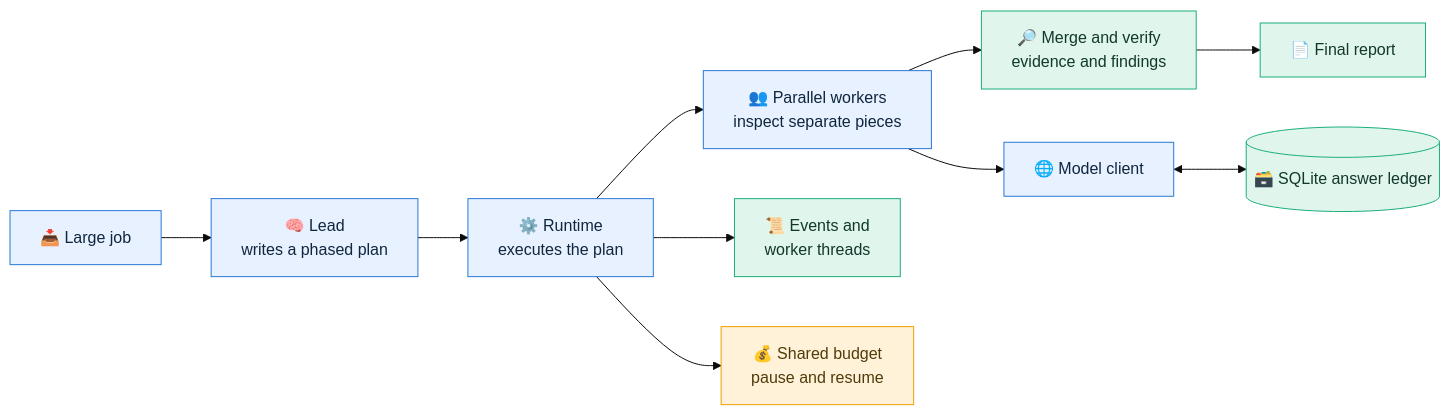
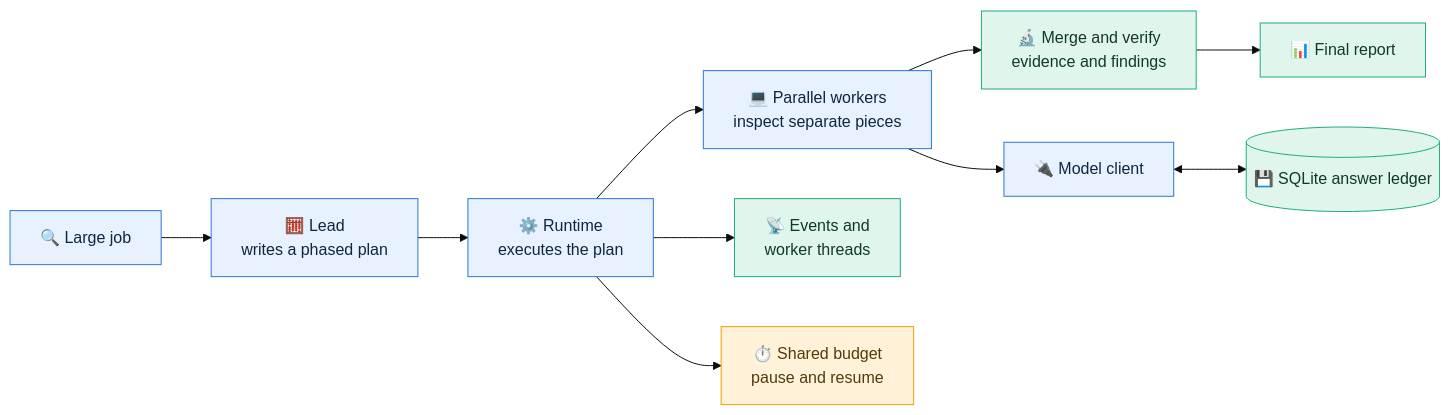
Before and after one commit to FareedKhan-dev/dynamic-workflow-agents: the first of 2 diagrams in README.md, drawn with Mermaid (base theme). The commit also changed other lines of this file, not shown here.

````diff
--- a/README.md
+++ b/README.md
@@ -41,18 +41,18 @@
 ```mermaid
 flowchart LR
-    J["📥 Large job"] --> L["🧠 Lead<br/>writes a phased plan"]
+    J["🔍 Large job"] --> L["🧮 Lead<br/>writes a phased plan"]
     L --> R["⚙️ Runtime<br/>executes the plan"]
-    R --> W["👥 Parallel workers<br/>inspect separate pieces"]
-    W --> V["🔎 Merge and verify<br/>evidence and findings"]
-    V --> O["📄 Final report"]
-    R --> T["📜 Events and<br/>worker threads"]
-    R --> B["💰 Shared budget<br/>pause and resume"]
-    W --> C["🌐 Model client"]
-    C <--> D[("🗃️ SQLite answer ledger")]
+    R --> W["💻 Parallel workers<br/>inspect separate pieces"]
+    W --> V["🔬 Merge and verify<br/>evidence and findings"]
+    V --> O["📊 Final report"]
+    R --> T["📡 Events and<br/>worker threads"]
+    R --> B["⏱️ Shared budget<br/>pause and resume"]
+    W --> C["🔌 Model client"]
+    C <--> D[("💾 SQLite answer ledger")]
     classDef blue fill:#e7f1ff,stroke:#2a78d6,color:#10263f;
     classDef green fill:#e0f5ec,stroke:#1baf7a,color:#11382b;
     classDef amber fill:#fff2d9,stroke:#eda100,color:#513b09;
     class J,L,R,W,C blue;
     class V,O,T,D green;
     class B amber;
 ```
````
